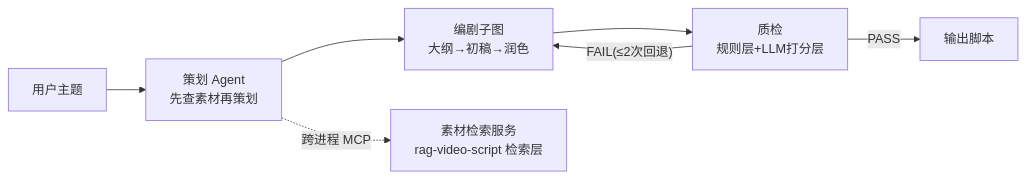
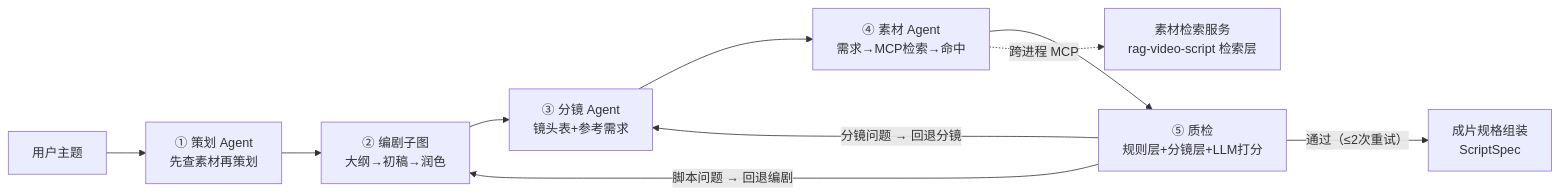
Before and after one commit to HuaSheng-405/agent-video-script: the diagram in README.md, drawn with Mermaid. The commit also changed other lines of this file, not shown here.

Commit message:
docs: v1.2 路线图（上下文管理优先）

````diff
--- a/README.md
+++ b/README.md
@@ -8,9 +8,12 @@
 ```mermaid
 flowchart LR
-    A[用户主题] --> P[策划 Agent<br/>先查素材再策划]
-    P --> S[编剧子图<br/>大纲→初稿→润色]
-    S --> Q[质检<br/>规则层+LLM打分层]
-    Q -- "FAIL(≤2次回退)" --> S
-    Q -- PASS --> R[输出脚本]
-    P -. 跨进程 MCP .-> M[素材检索服务<br/>rag-video-script 检索层]
+    A[用户主题] --> P[① 策划 Agent<br/>先查素材再策划]
+    P --> W[② 编剧子图<br/>大纲→初稿→润色]
+    W --> S[③ 分镜 Agent<br/>镜头表+参考需求]
+    S --> M[④ 素材 Agent<br/>需求→MCP检索→命中]
+    M --> Q[⑤ 质检<br/>规则层+分镜层+LLM打分]
+    Q -- "脚本问题 → 回退编剧" --> W
+    Q -- "分镜问题 → 回退分镜" --> S
+    Q -- "通过（≤2次重试）" --> R[成片规格组装<br/>ScriptSpec]
+    M -. 跨进程 MCP .-> V[素材检索服务<br/>rag-video-script 检索层]
 ```
````
